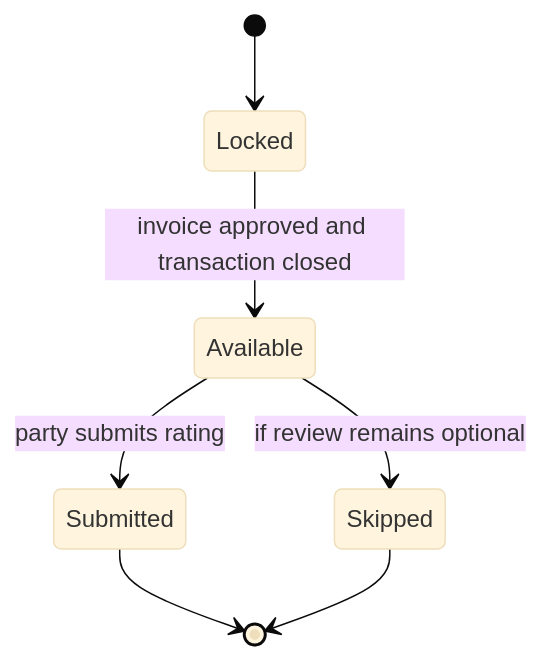
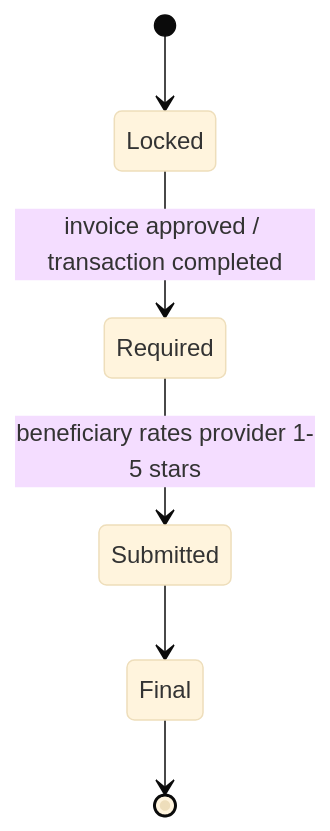
Before and after one commit to Yadd-SanaaUniversityGraduationProject/yadd: the fifth of 6 diagrams in docs/03-analysis/07-lifecycles.md, drawn with Mermaid (base theme). The commit also changed other lines of this file, not shown here.

Commit message:
analysis: revise request transaction invoice and rating lifecycles

````diff
--- a/docs/03-analysis/07-lifecycles.md
+++ b/docs/03-analysis/07-lifecycles.md
@@ -73,9 +99,8 @@
 ```mermaid
 stateDiagram-v2
     [*] --> Locked
-    Locked --> Available: invoice approved and transaction closed
-    Available --> Submitted: party submits rating
-    Available --> Skipped: if review remains optional
-    Submitted --> [*]
-    Skipped --> [*]
+    Locked --> Required: invoice approved / transaction completed
+    Required --> Submitted: beneficiary rates provider 1-5 stars
+    Submitted --> Final
+    Final --> [*]
 ```
````
